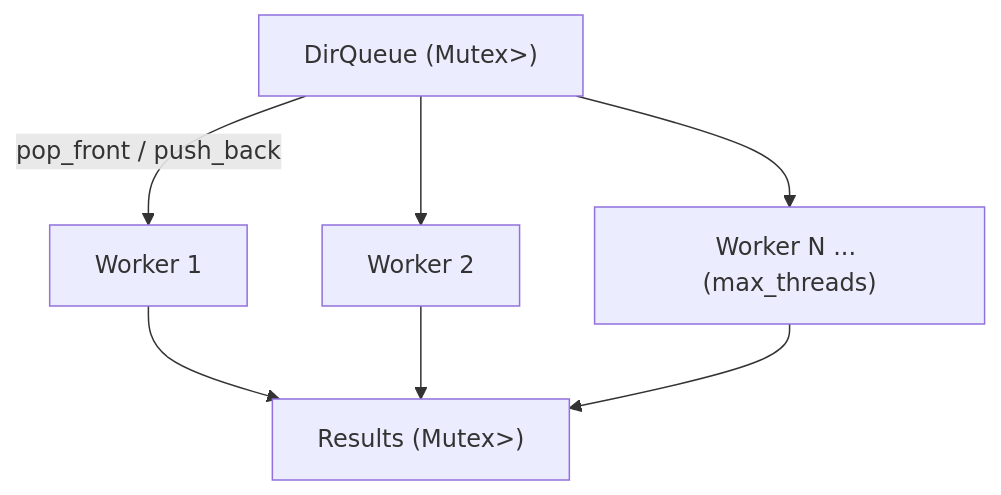
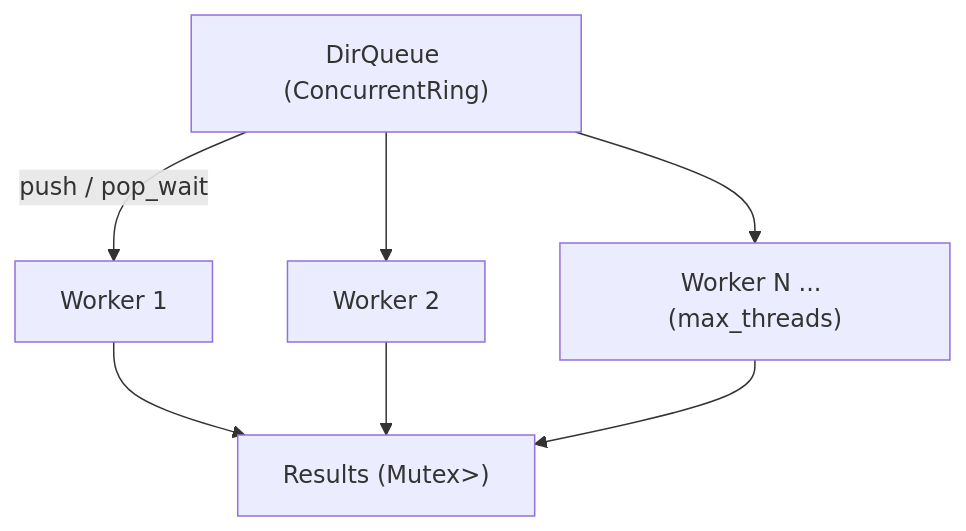
The second of 9 diagrams in ARCHITECTURE.md (WaterBall20/water_ball_tool), drawn with Mermaid before and after one commit. The commit also changed other lines of this file and 63 other files, not shown here.

````diff
--- a/ARCHITECTURE.md
+++ b/ARCHITECTURE.md
@@ -214,15 +225,15 @@
 ```mermaid
 flowchart TD
-    queue["DirQueue (Mutex<VecDeque<DirEntry>>)"]
+    queue["DirQueue (ConcurrentRing<DirEntry>)"]
     w1["Worker 1"]
     w2["Worker 2"]
     wn["Worker N ... (max_threads)"]
     results["Results (Mutex<HashMap<PathBuf, FileInfo>>)"]
 
-    queue -->|pop_front / push_back| w1
+    queue -->|push / pop_wait| w1
     queue --> w2
     queue --> wn
     w1 --> results
     w2 --> results
     wn --> results
 ```
````
